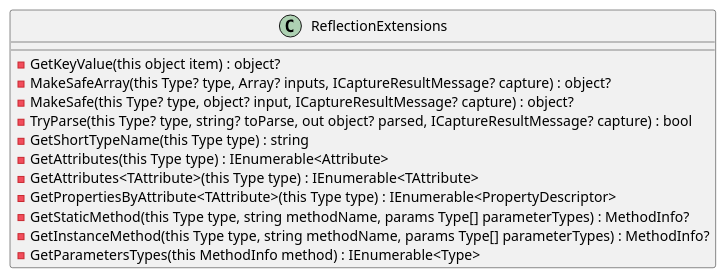
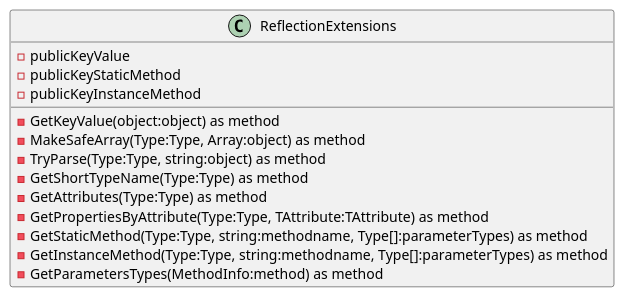
Before and after one commit to mwwhited-forks/dotnet-libs: the first of 4 diagrams in docs/generated/Framework/Eliassen.Extensions/Reflection/Documentation.md, drawn with PlantUML. The commit also changed other lines of this file and 444 other files, not shown here.

````diff
--- a/docs/generated/Framework/Eliassen.Extensions/Reflection/Documentation.md
+++ b/docs/generated/Framework/Eliassen.Extensions/Reflection/Documentation.md
@@ -8,18 +6,19 @@
 ```plantuml
 @startuml
 class ReflectionExtensions {
-  - GetKeyValue(this object item) : object?
-  - MakeSafeArray(this Type? type, Array? inputs, ICaptureResultMessage? capture) : object?
-  - MakeSafe(this Type? type, object? input, ICaptureResultMessage? capture) : object?
-  - TryParse(this Type? type, string? toParse, out object? parsed, ICaptureResultMessage? capture) : bool
-  - GetShortTypeName(this Type type) : string
-  - GetAttributes(this Type type) : IEnumerable<Attribute>
-  - GetAttributes<TAttribute>(this Type type) : IEnumerable<TAttribute>
-  - GetPropertiesByAttribute<TAttribute>(this Type type) : IEnumerable<PropertyDescriptor>
-  - GetStaticMethod(this Type type, string methodName, params Type[] parameterTypes) : MethodInfo?
-  - GetInstanceMethod(this Type type, string methodName, params Type[] parameterTypes) : MethodInfo?
-  - GetParametersTypes(this MethodInfo method) : IEnumerable<Type>
+  - publicKeyValue
+  - publicKeyStaticMethod
+  - publicKeyInstanceMethod
+  - GetKeyValue(object:object) as method
+  - MakeSafeArray(Type:Type, Array:object) as method
+  - TryParse(Type:Type, string:object) as method
+  - GetShortTypeName(Type:Type) as method
+  - GetAttributes(Type:Type) as method
+  - GetPropertiesByAttribute(Type:Type, TAttribute:TAttribute) as method
+  - GetStaticMethod(Type:Type, string:methodname, Type[]:parameterTypes) as method
+  - GetInstanceMethod(Type:Type, string:methodname, Type[]:parameterTypes) as method
+  - GetParametersTypes(MethodInfo:method) as method
 }
 
 @enduml
 ```
````
